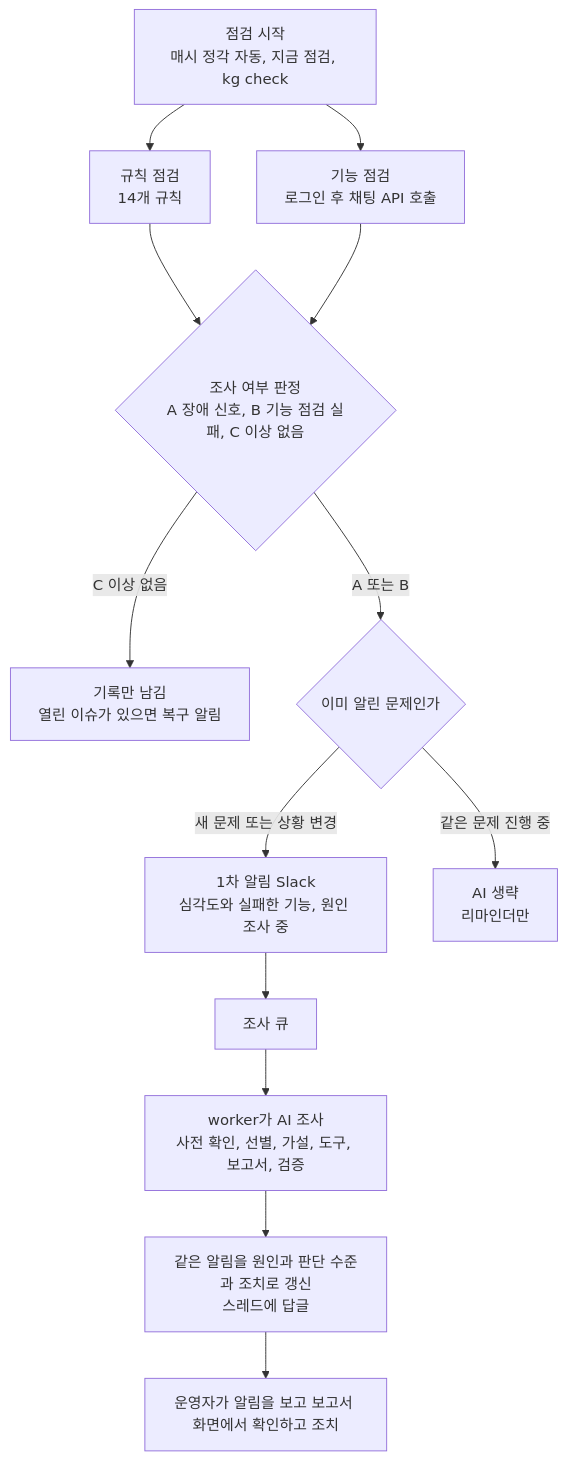
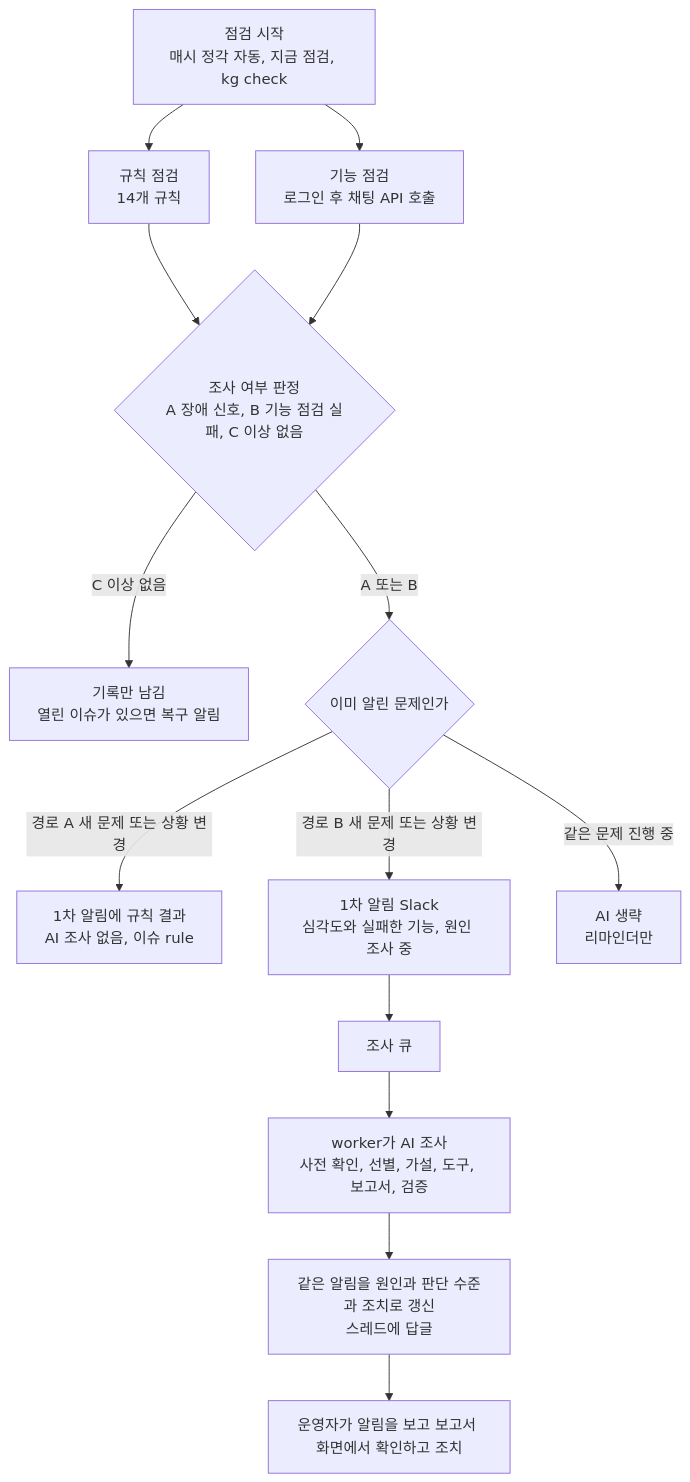
The second of 2 diagrams in docs/산출물/02-문제정의및서비스기획.md (skax-jihyeryu/KubeGuardian), drawn with Mermaid before and after one commit. The commit also changed 6 other files, not shown here.

````diff
--- a/docs/산출물/02-문제정의및서비스기획.md
+++ b/docs/산출물/02-문제정의및서비스기획.md
@@ -54,15 +54,16 @@
 ```mermaid
 flowchart TB
     T[점검 시작<br/>매시 정각 자동, 지금 점검, kg check] --> R[규칙 점검<br/>14개 규칙]
     T --> S[기능 점검<br/>로그인 후 채팅 API 호출]
     R --> G{조사 여부 판정<br/>A 장애 신호, B 기능 점검 실패, C 이상 없음}
     S --> G
     G -->|C 이상 없음| OK[기록만 남김<br/>열린 이슈가 있으면 복구 알림]
     G -->|A 또는 B| D{이미 알린 문제인가}
-    D -->|새 문제 또는 상황 변경| N1[1차 알림 Slack<br/>심각도와 실패한 기능, 원인 조사 중]
+    D -->|경로 A 새 문제 또는 상황 변경| RA[1차 알림에 규칙 결과<br/>AI 조사 없음, 이슈 rule]
+    D -->|경로 B 새 문제 또는 상황 변경| N1[1차 알림 Slack<br/>심각도와 실패한 기능, 원인 조사 중]
     N1 --> Q[조사 큐]
     Q --> AI[worker가 AI 조사<br/>사전 확인, 선별, 가설, 도구, 보고서, 검증]
     AI --> N[같은 알림을 원인과 판단 수준과 조치로 갱신<br/>스레드에 답글]
     D -->|같은 문제 진행 중| RM[AI 생략<br/>리마인더만]
     N --> K[운영자가 알림을 보고 보고서 화면에서 확인하고 조치]
 ```
````
